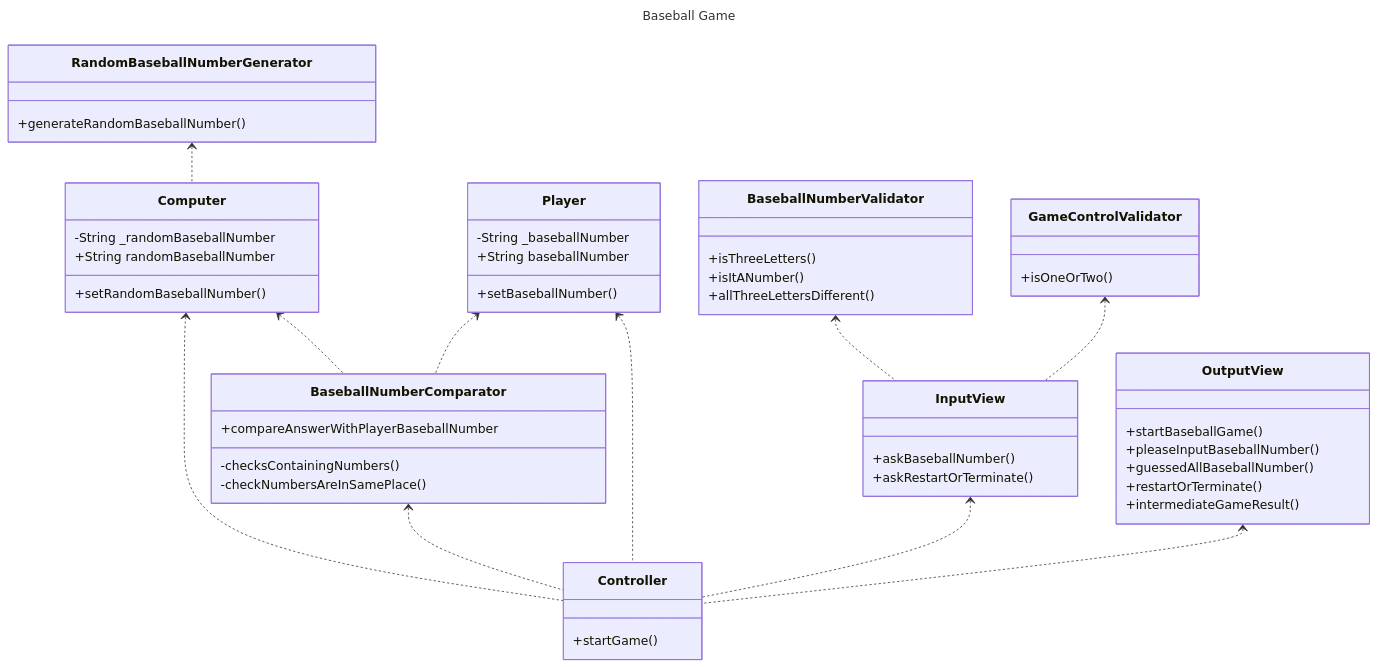
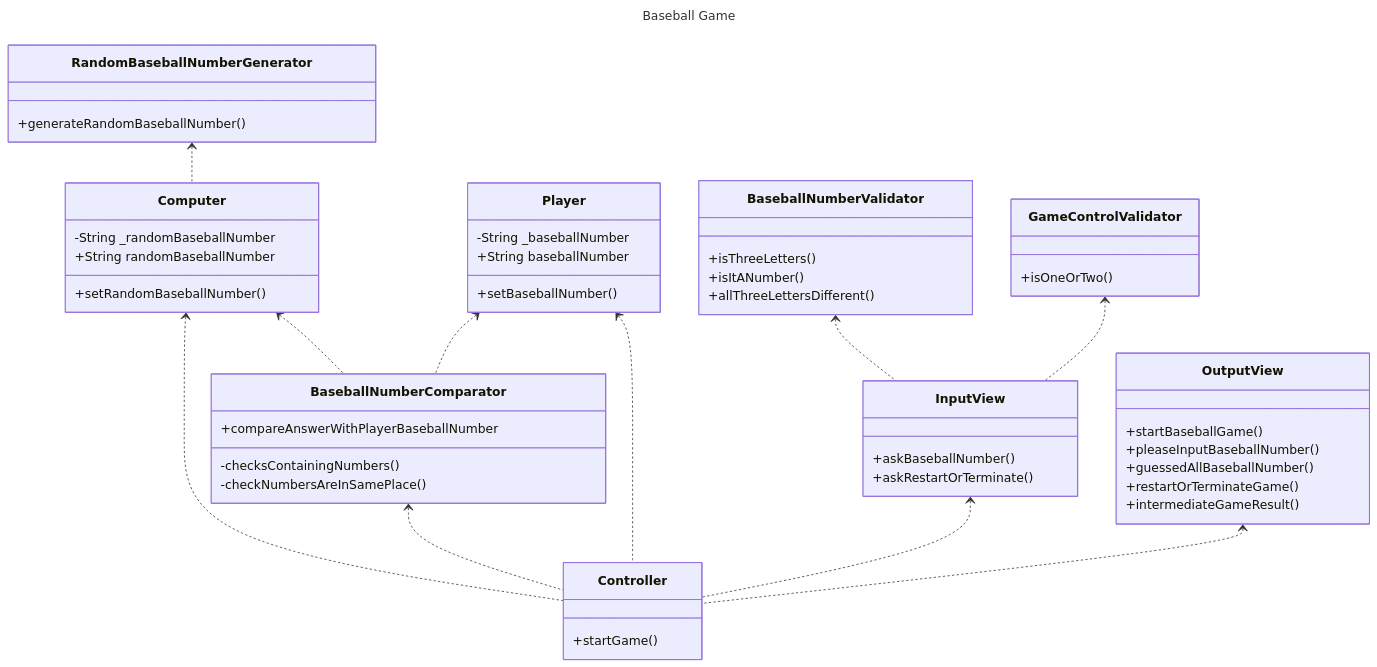
Before and after one commit to woowacourse-precourse/kotlin-baseball-6: the diagram in README.md, drawn with Mermaid. The commit also changed other lines of this file, not shown here.

````diff
--- a/README.md
+++ b/README.md
@@ -204,56 +204,56 @@
 ```mermaid
 ---
 title: Baseball Game
 ---
 classDiagram
     Computer <.. Controller
     BaseballNumberComparator <.. Controller
     Player <.. Controller
     InputView <.. Controller
     OutputView <.. Controller
     Computer <.. BaseballNumberComparator
     Player <.. BaseballNumberComparator
     RandomBaseballNumberGenerator <.. Computer
     BaseballNumberValidator <.. InputView
     GameControlValidator <.. InputView
     class Computer {
         -String _randomBaseballNumber
         +String randomBaseballNumber
         +setRandomBaseballNumber()
     }
     class Player {
         -String _baseballNumber
         +String baseballNumber
         +setBaseballNumber()
     }
     class InputView {
         +askBaseballNumber()
         +askRestartOrTerminate()
     }
     class OutputView {
         +startBaseballGame()
         +pleaseInputBaseballNumber()
         +guessedAllBaseballNumber()
-        +restartOrTerminate()
+        +restartOrTerminateGame()
         +intermediateGameResult()
     }
     class RandomBaseballNumberGenerator {
         +generateRandomBaseballNumber()
     }
     class Controller {
         +startGame()
     }
     class BaseballNumberValidator {
         +isThreeLetters()
         +isItANumber()
         +allThreeLettersDifferent()
     }
     class GameControlValidator {
         +isOneOrTwo()
     }
     class BaseballNumberComparator { 
         +compareAnswerWithPlayerBaseballNumber
         -checksContainingNumbers()
         -checkNumbersAreInSamePlace()
     }
 ```
````
